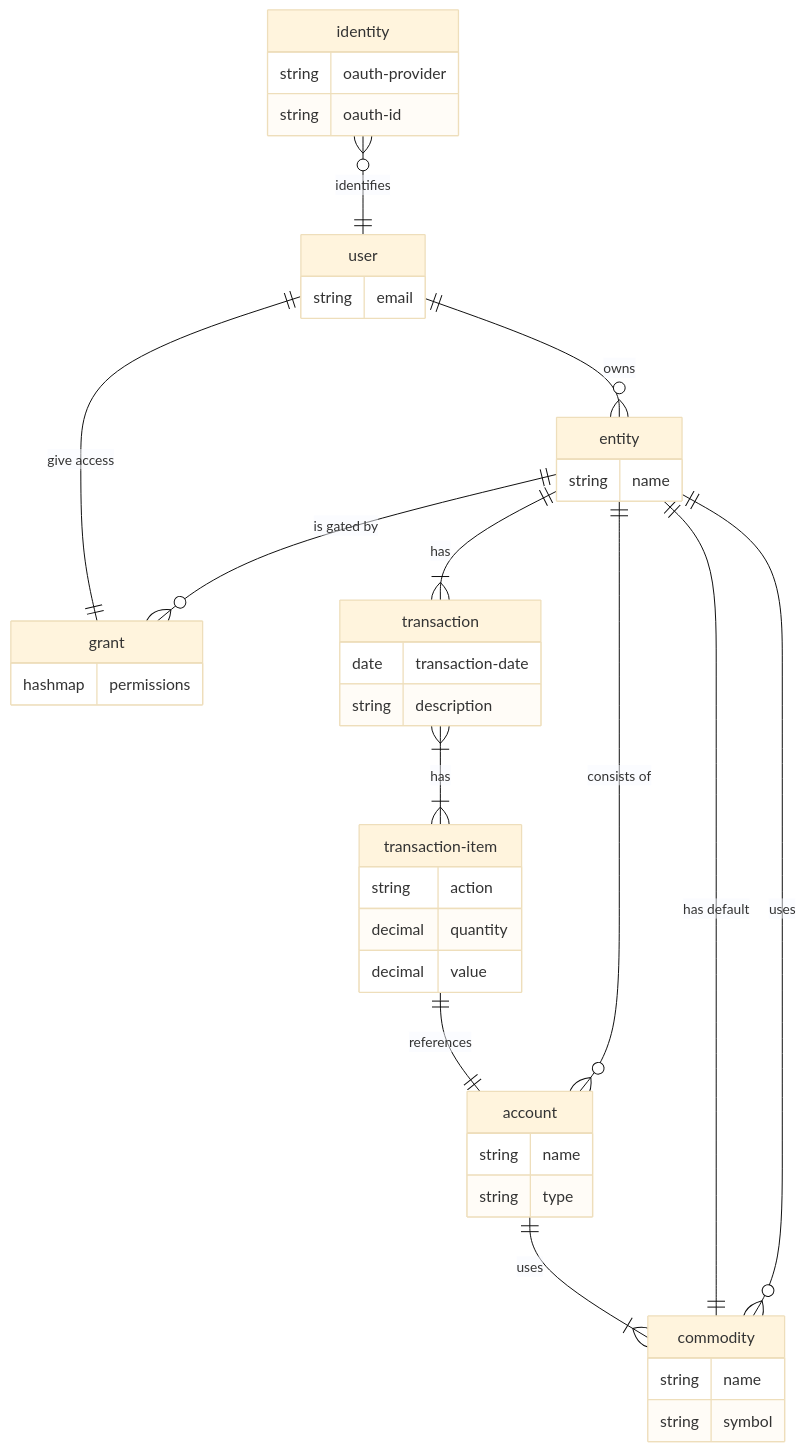
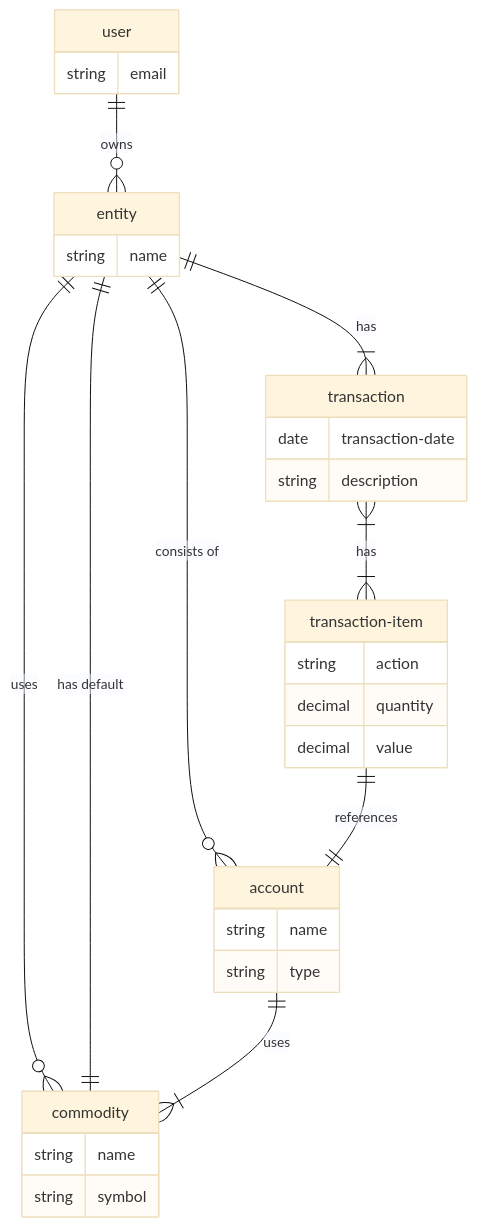
One commit to dgknght/clj-money changed the diagram in README.md. Above: the diagram before and after it, drawn with Mermaid (base theme). The commit also changed other lines of this file and 1 other file, not shown here.

Commit message:
flesh out the erds

````diff
--- a/README.md
+++ b/README.md
@@ -7,44 +8,34 @@
 ```mermaid
 erDiagram
   user ||--o{ entity : owns
-  identity }o--|| user : identifies
   entity ||--o{ account : "consists of"
   entity ||--o{ commodity : uses
   entity ||--|| commodity : "has default"
-  entity ||--o{ grant : "is gated by"
-  grant ||--|| user : "give access"
   account ||--|{ commodity : uses
   entity ||--|{ transaction : has
   transaction }|--|{ transaction-item : has
   transaction-item ||--|| account : references
-  identity {
-    string oauth-provider
-    string oauth-id
-  }
   user {
     string email
   }
   entity {
     string name
   }
   commodity {
     string name
     string symbol
   }
   account {
     string name
     string type
   }
   transaction {
     date transaction-date
     string description
   }
   transaction-item {
     string action
     decimal quantity
     decimal value
   }
-  grant {
-    hashmap permissions
-  }
 ```
````
